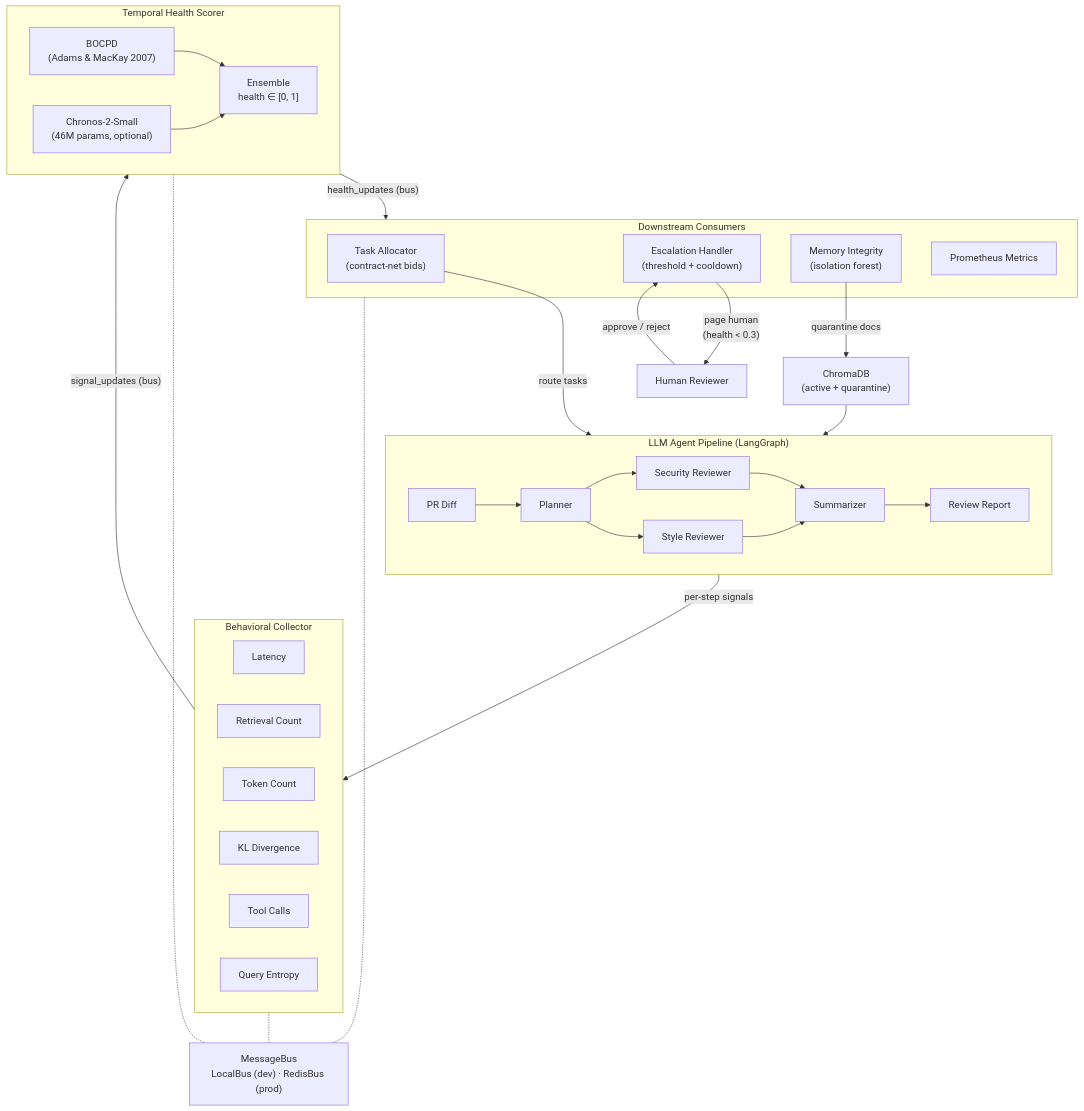
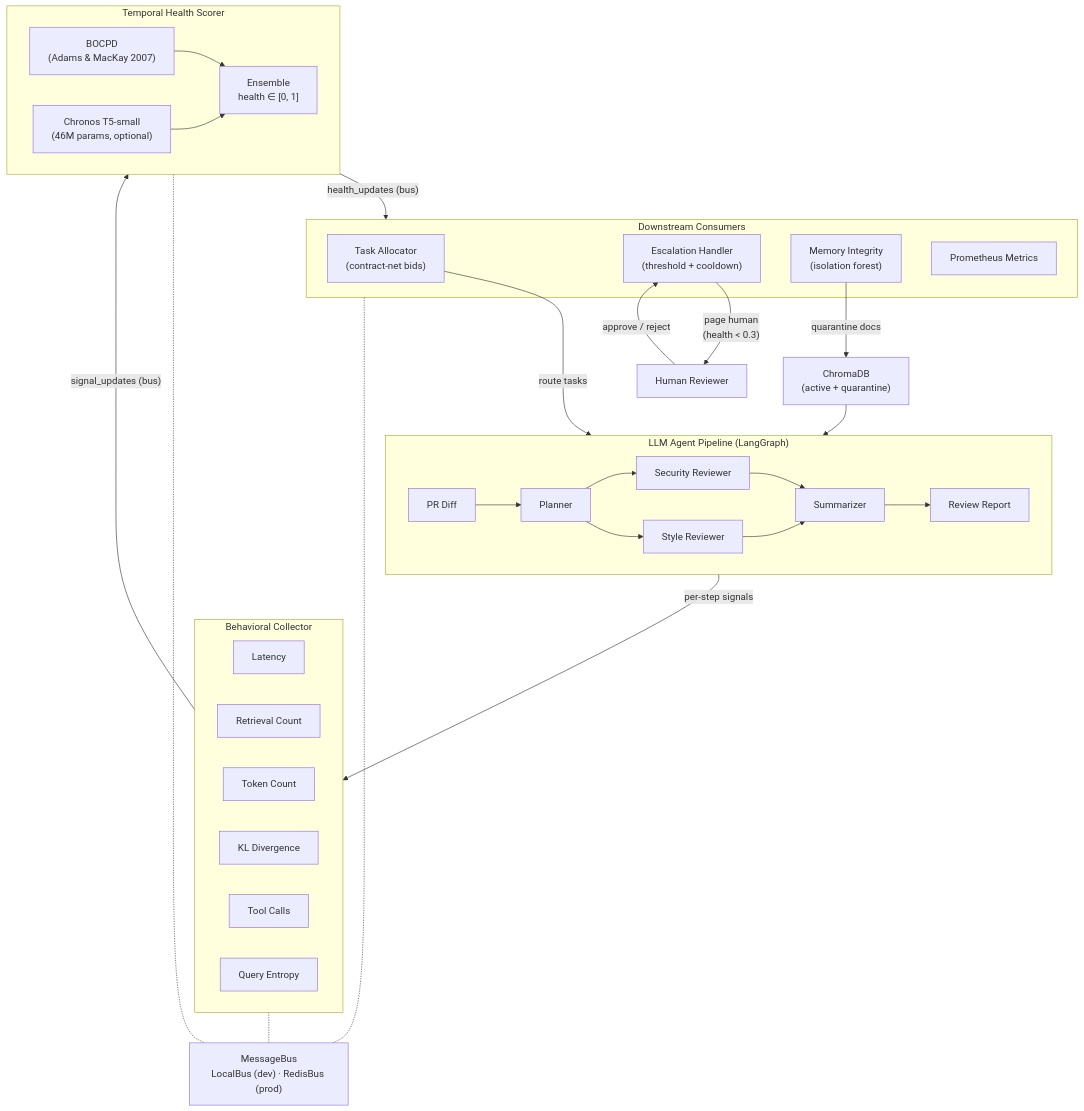
One commit to rajo69/chronoagent changed the diagram in README.md. Above: the diagram before and after it, drawn with Mermaid. The commit also changed other lines of this file and 13 other files, not shown here.

First line of the commit message:
docs: correct Chronos-2-Small -> Chronos T5-small naming

````diff
--- a/README.md
+++ b/README.md
@@ -197,49 +197,49 @@
 ```mermaid
 flowchart TB
     subgraph Pipeline["LLM Agent Pipeline (LangGraph)"]
         PR["PR Diff"] --> Planner
         Planner --> SecReview["Security Reviewer"]
         Planner --> StyleReview["Style Reviewer"]
         SecReview --> Summarizer
         StyleReview --> Summarizer
         Summarizer --> Report["Review Report"]
     end
 
     subgraph Monitor["Behavioral Collector"]
         S1["Latency"]
         S2["Retrieval Count"]
         S3["Token Count"]
         S4["KL Divergence"]
         S5["Tool Calls"]
         S6["Query Entropy"]
     end
 
     subgraph Scorer["Temporal Health Scorer"]
         BOCPD["BOCPD\n(Adams & MacKay 2007)"]
-        Chronos["Chronos-2-Small\n(46M params, optional)"]
+        Chronos["Chronos T5-small\n(46M params, optional)"]
         Ensemble["Ensemble\nhealth ∈ [0, 1]"]
         BOCPD --> Ensemble
         Chronos --> Ensemble
     end
 
     subgraph Downstream["Downstream Consumers"]
         Allocator["Task Allocator\n(contract-net bids)"]
         Escalation["Escalation Handler\n(threshold + cooldown)"]
         Integrity["Memory Integrity\n(isolation forest)"]
         Metrics["Prometheus Metrics"]
     end
 
     Pipeline -- "per-step signals" --> Monitor
     Monitor -- "signal_updates (bus)" --> Scorer
     Scorer -- "health_updates (bus)" --> Downstream
     Allocator -- "route tasks" --> Pipeline
     Escalation -- "page human\n(health < 0.3)" --> Human["Human Reviewer"]
     Human -- "approve / reject" --> Escalation
     Integrity -- "quarantine docs" --> Memory["ChromaDB\n(active + quarantine)"]
     Memory --> Pipeline
 
     Bus["MessageBus\nLocalBus (dev) · RedisBus (prod)"]
     Monitor -.- Bus
     Scorer -.- Bus
     Downstream -.- Bus
 ```
````
